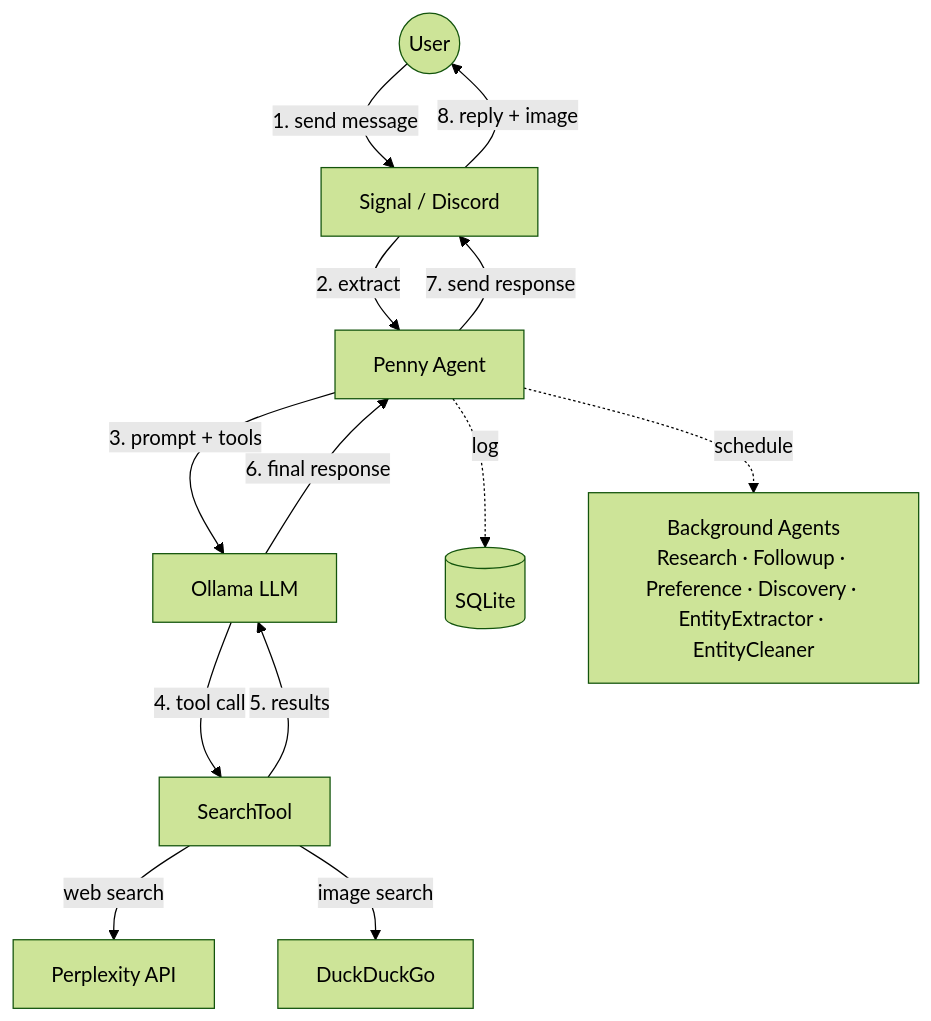
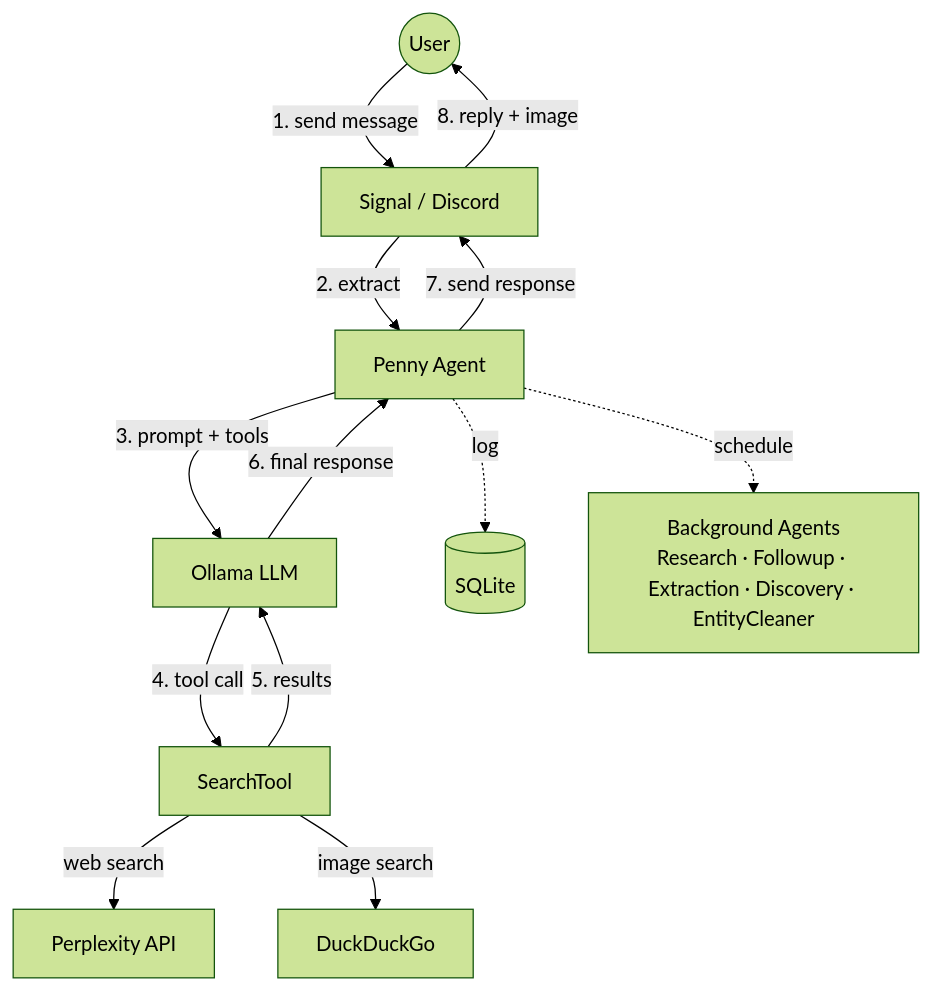
The diagram in penny/CLAUDE.md (jaredlockhart/penny), drawn with Mermaid (forest theme) before and after one commit. The commit also changed other lines of this file and 15 other files, not shown here.

First line of the commit message:
feat: unified extraction loop merging entity and preference extraction (#289)

````diff
--- a/penny/CLAUDE.md
+++ b/penny/CLAUDE.md
@@ -5,16 +5,16 @@
 ```mermaid
 flowchart TD
     User((User)) -->|"1. send message"| Channel[Signal / Discord]
     Channel -->|"2. extract"| Penny[Penny Agent]
     Penny -->|"3. prompt + tools"| Ollama[Ollama LLM]
     Ollama -->|"4. tool call"| Search[SearchTool]
     Search -->|"web search"| Perplexity[Perplexity API]
     Search -->|"image search"| DDG[DuckDuckGo]
     Search -->|"5. results"| Ollama
     Ollama -->|"6. final response"| Penny
     Penny -->|"7. send response"| Channel
     Channel -->|"8. reply + image"| User
 
     Penny -.->|"log"| DB[(SQLite)]
-    Penny -.->|"schedule"| BG["Background Agents\nResearch · Followup · Preference · Discovery · EntityExtractor · EntityCleaner"]
+    Penny -.->|"schedule"| BG["Background Agents\nResearch · Followup · Extraction · Discovery · EntityCleaner"]
 ```
````
